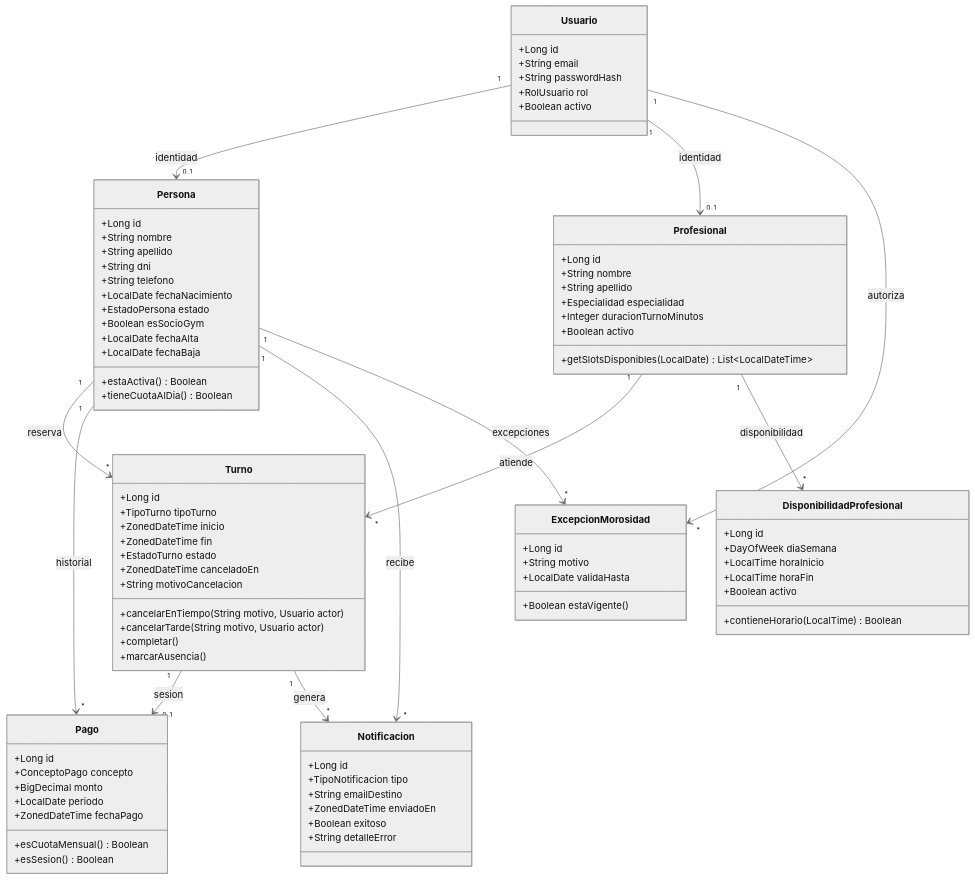
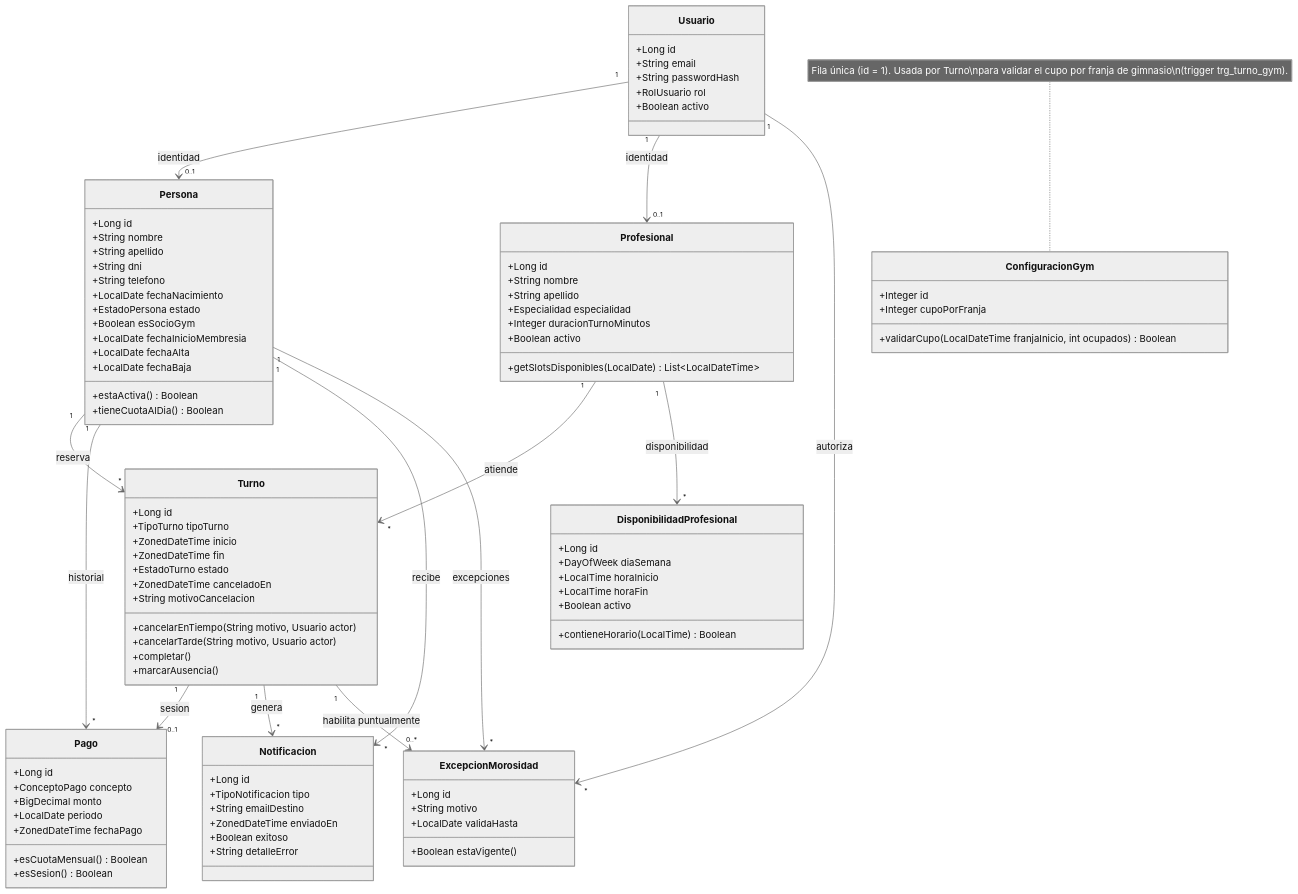
The eighth of 9 diagrams in docs/02-diseno/diagramas.md (rcalcatelli/vitalys-app), drawn with Mermaid (neutral theme) before and after one commit. The commit also changed other lines of this file and 19 other files, not shown here.

````diff
--- a/docs/02-diseno/diagramas.md
+++ b/docs/02-diseno/diagramas.md
@@ -318,6 +388,7 @@
         +LocalDate fechaNacimiento
         +EstadoPersona estado
         +Boolean esSocioGym
+        +LocalDate fechaInicioMembresia
         +LocalDate fechaAlta
         +LocalDate fechaBaja
         +estaActiva() Boolean
@@ -364,6 +435,12 @@
         +Boolean estaVigente() 
     }
 
+    class ConfiguracionGym {
+        +Integer id
+        +Integer cupoPorFranja
+        +validarCupo(LocalDateTime franjaInicio, int ocupados) Boolean
+    }
+
     class Pago {
         +Long id
         +ConceptoPago concepto
@@ -394,4 +471,7 @@
     Turno "1" --> "*" Notificacion : genera
     Persona "1" --> "*" ExcepcionMorosidad : excepciones
     Usuario "1" --> "*" ExcepcionMorosidad : autoriza
+    Turno "1" --> "0..*" ExcepcionMorosidad : habilita puntualmente
+
+    note for ConfiguracionGym "Fila única (id = 1). Usada por Turno\npara validar el cupo por franja de gimnasio\n(trigger trg_turno_gym)."
 ```
````
